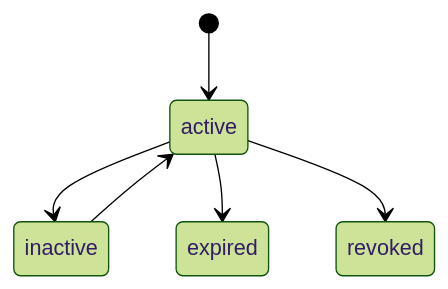
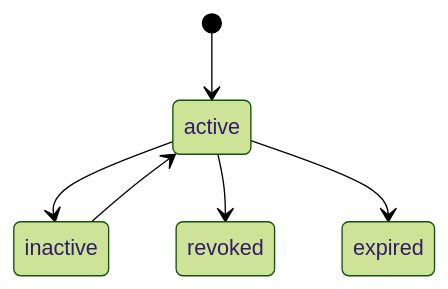
Before and after one commit to renxqoo/Authany: the fourth of 4 diagrams in specs/04-STATE-MACHINES.md, drawn with Mermaid (forest theme). The commit also changed other lines of this file and 310 other files, not shown here.

Commit message:
feat: harden security flows and reorganize example apps

````diff
--- a/specs/04-STATE-MACHINES.md
+++ b/specs/04-STATE-MACHINES.md
@@ -115,8 +119,8 @@
 ```mermaid
 stateDiagram-v2
     [*] --> active
     active --> inactive
+    active --> revoked
     active --> expired
-    active --> revoked
     inactive --> active
 ```
````
